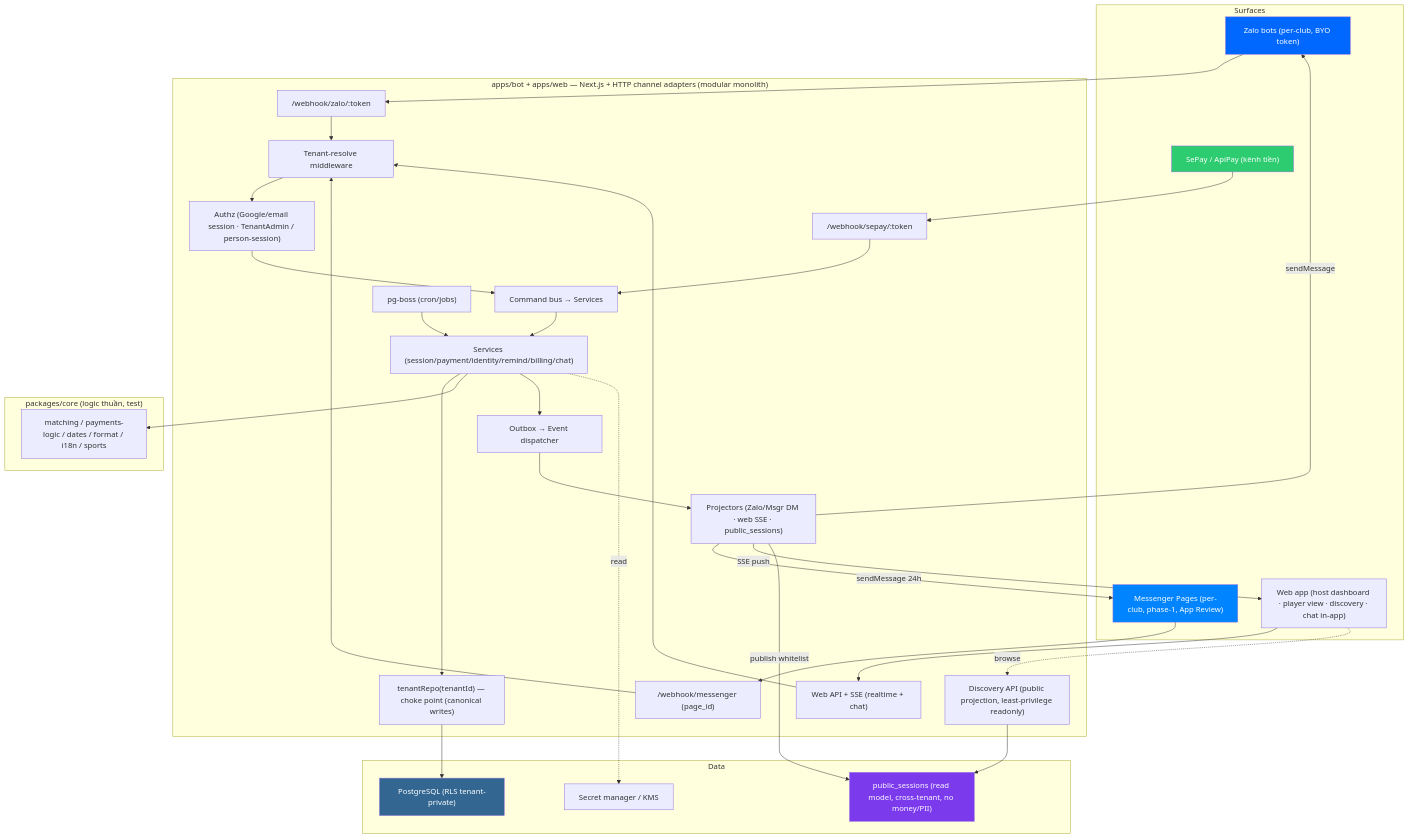
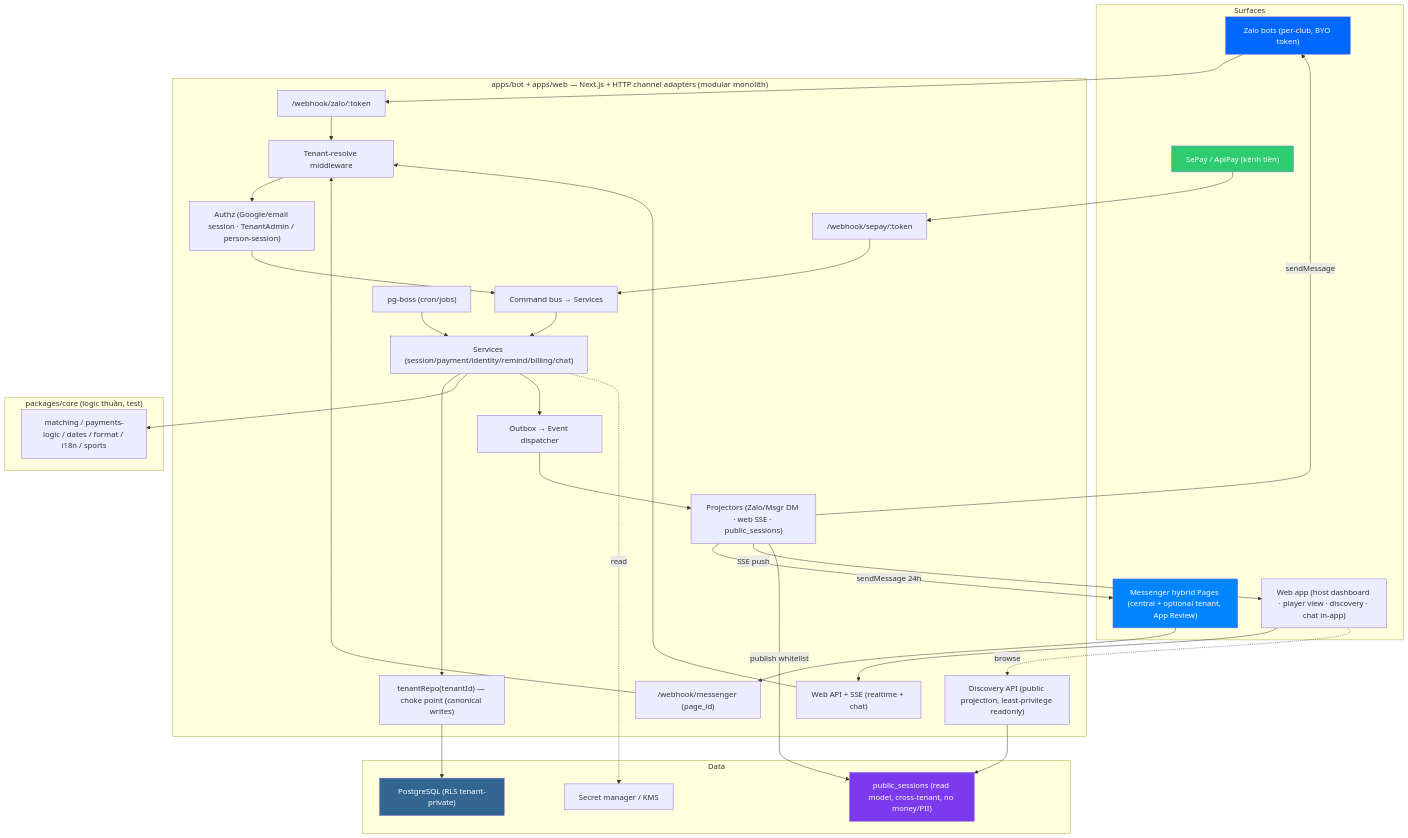
The first of 3 diagrams in docs/product/TDD.md (maingocanh1702/plexco-app), drawn with Mermaid before and after one commit. The commit also changed other lines of this file and 103 other files, not shown here.

````diff
--- a/docs/product/TDD.md
+++ b/docs/product/TDD.md
@@ -99,56 +99,56 @@
 ```mermaid
 graph TB
     subgraph Surfaces
         ZALO["Zalo bots (per-club, BYO token)"]
-        MSGR["Messenger Pages (per-club, phase-1, App Review)"]
+        MSGR["Messenger hybrid Pages (central + optional tenant, App Review)"]
         WEBUI["Web app (host dashboard · player view · discovery · chat in-app)"]
         SEPAY["SePay / ApiPay (kênh tiền)"]
     end
 
     subgraph Backend ["apps/bot + apps/web — Next.js + HTTP channel adapters (modular monolith)"]
         ZWH["/webhook/zalo/:token"]
         MWH["/webhook/messenger (page_id)"]
         PWH["/webhook/sepay/:token"]
         WAPI["Web API + SSE (realtime + chat)"]
         DISC["Discovery API (public projection, least-privilege readonly)"]
         MW["Tenant-resolve middleware"]
         AUTHZ["Authz (Google/email session · TenantAdmin / person-session)"]
         CMD["Command bus → Services"]
         SERV["Services (session/payment/identity/remind/billing/chat)"]
         REPO["tenantRepo(tenantId) — choke point (canonical writes)"]
         OUTBOX["Outbox → Event dispatcher"]
         PROJ["Projectors (Zalo/Msgr DM · web SSE · public_sessions)"]
         QUEUE["pg-boss (cron/jobs)"]
     end
 
     subgraph Core ["packages/core (logic thuần, test)"]
         MATCH["matching / payments-logic / dates / format / i18n / sports"]
     end
 
     subgraph Data
         PG["PostgreSQL (RLS tenant-private)"]
         PUB["public_sessions (read model, cross-tenant, no money/PII)"]
         KMS["Secret manager / KMS"]
     end
 
     ZALO --> ZWH --> MW
     MSGR --> MWH --> MW
     SEPAY --> PWH --> CMD
     WEBUI --> WAPI --> MW
     WEBUI -. browse .-> DISC --> PUB
     MW --> AUTHZ --> CMD --> SERV --> REPO --> PG
     SERV --> MATCH
     SERV --> OUTBOX --> PROJ
     PROJ -->|sendMessage| ZALO
     PROJ -->|sendMessage 24h| MSGR
     PROJ -->|SSE push| WEBUI
     PROJ -->|publish whitelist| PUB
     QUEUE --> SERV
     SERV -. read .-> KMS
 
     style PG fill:#336791,color:#fff
     style PUB fill:#7c3aed,color:#fff
     style MSGR fill:#0084FF,color:#fff
     style ZALO fill:#0068FF,color:#fff
     style SEPAY fill:#2ECC71,color:#fff
 ```
````
